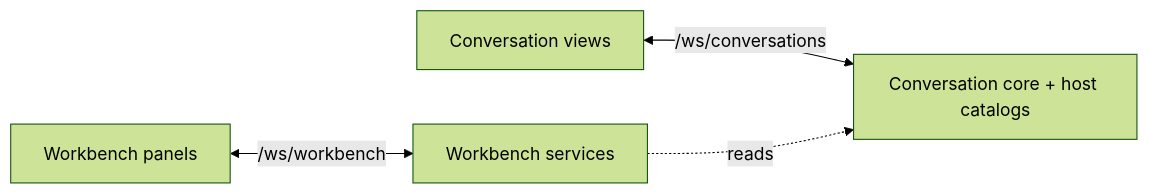
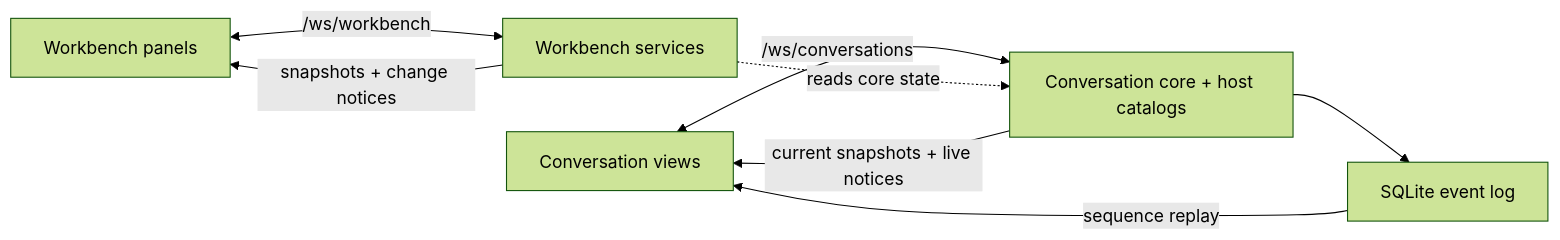
One commit to ThilinaTLM/nerve changed the diagram in docs/architecture/conversation-core/channels.md. Above: the diagram before and after it, drawn with Mermaid (forest theme). The commit also changed other lines of this file and 25 other files, not shown here.

First line of the commit message:
Restructure architecture docs and document conversation state and attention (#480)

````diff
--- a/docs/architecture/conversation-core/channels.md
+++ b/docs/architecture/conversation-core/channels.md
@@ -9,6 +7,10 @@
 ```mermaid
 flowchart LR
     CV[Conversation views] <-->|/ws/conversations| CC[Conversation core + host catalogs]
+    CC --> E[SQLite event log]
+    E -->|sequence replay| CV
+    CC -->|current snapshots + live notices| CV
     WB[Workbench panels] <-->|/ws/workbench| WS[Workbench services]
-    WS -.->|reads| CC
+    WS -->|snapshots + change notices| WB
+    WS -.->|reads core state| CC
 ```
````
